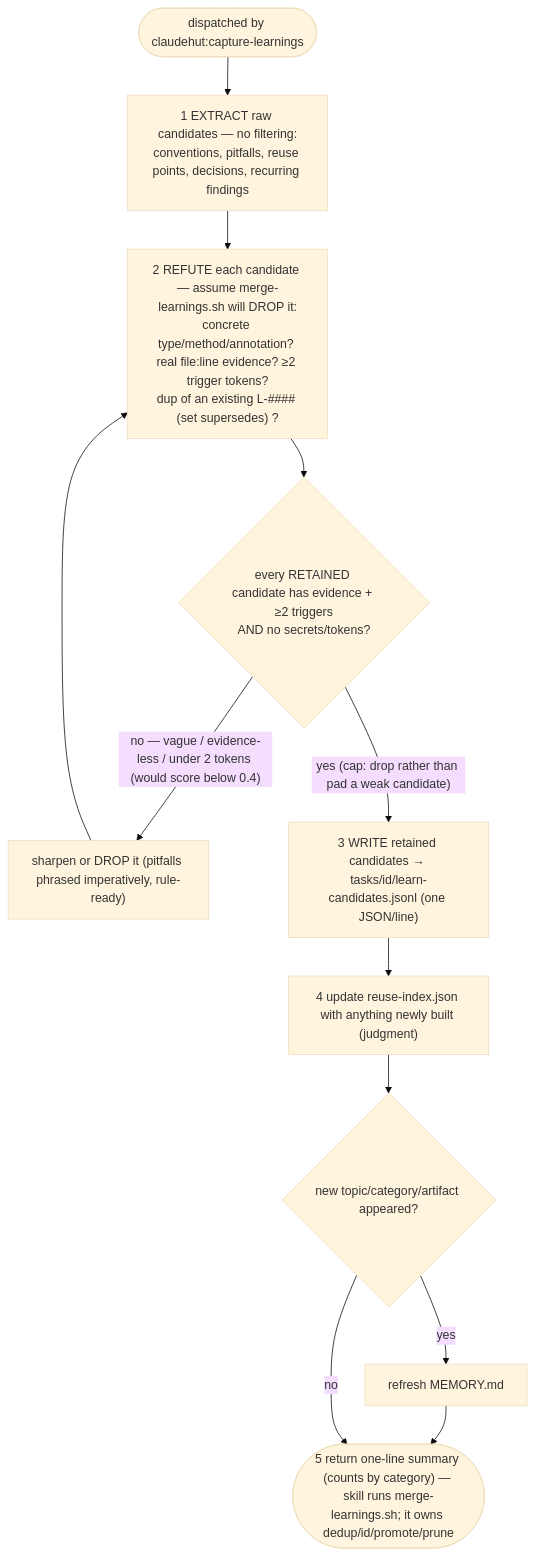
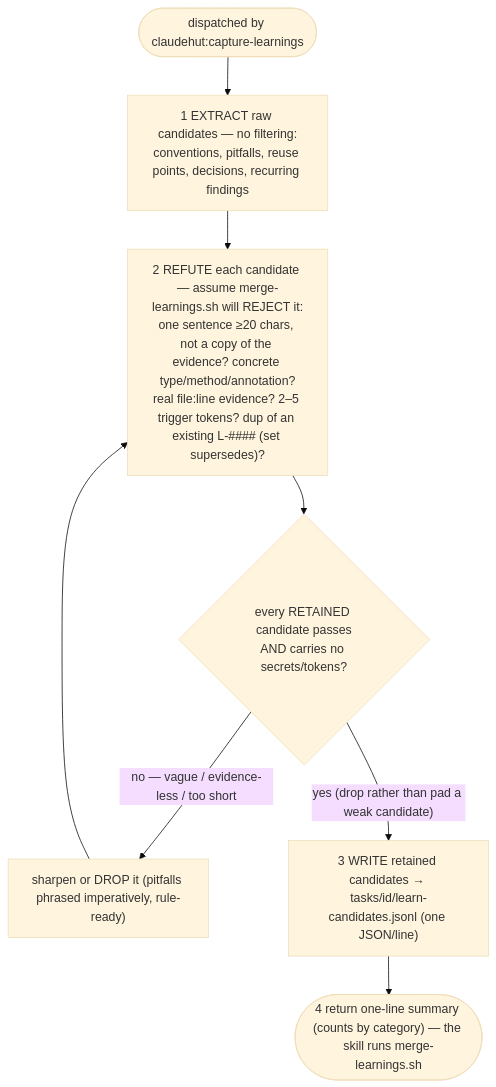
One commit to taipt1504/claudehut changed the diagram in agents/claudehut-learner.md. Above: the diagram before and after it, drawn with Mermaid (base theme). The commit also changed other lines of this file and 57 other files, not shown here.

````diff
--- a/agents/claudehut-learner.md
+++ b/agents/claudehut-learner.md
@@ -21,13 +22,10 @@
 ```mermaid
 flowchart TB
     a(["dispatched by claudehut:capture-learnings"]) --> ex["1 EXTRACT raw candidates — no filtering:<br/>conventions, pitfalls, reuse points, decisions, recurring findings"]
-    ex --> crit["2 REFUTE each candidate — assume merge-learnings.sh will DROP it:<br/>concrete type/method/annotation? real file:line evidence? ≥2 trigger tokens?<br/>dup of an existing L-#### (set supersedes) ?"]
-    crit --> conv{"every RETAINED candidate has evidence + ≥2 triggers<br/>AND no secrets/tokens?"}
-    conv -- "no — vague / evidence-less / under 2 tokens (would score below 0.4)" --> fix["sharpen or DROP it (pitfalls phrased imperatively, rule-ready)"]
+    ex --> crit["2 REFUTE each candidate — assume merge-learnings.sh will REJECT it:<br/>one sentence ≥20 chars, not a copy of the evidence? concrete type/method/annotation?<br/>real file:line evidence? 2–5 trigger tokens? dup of an existing L-#### (set supersedes)?"]
+    crit --> conv{"every RETAINED candidate passes<br/>AND carries no secrets/tokens?"}
+    conv -- "no — vague / evidence-less / too short" --> fix["sharpen or DROP it (pitfalls phrased imperatively, rule-ready)"]
     fix --> crit
-    conv -- "yes (cap: drop rather than pad a weak candidate)" --> wr["3 WRITE retained candidates → tasks/id/learn-candidates.jsonl (one JSON/line)"]
-    wr --> ri["4 update reuse-index.json with anything newly built (judgment)"]
-    ri --> mem{"new topic/category/artifact appeared?"}
-    mem -- "yes" --> rfm["refresh MEMORY.md"] --> out
-    mem -- "no" --> out(["5 return one-line summary (counts by category) — skill runs merge-learnings.sh; it owns dedup/id/promote/prune"])
+    conv -- "yes (drop rather than pad a weak candidate)" --> wr["3 WRITE retained candidates → tasks/id/learn-candidates.jsonl (one JSON/line)"]
+    wr --> out(["4 return one-line summary (counts by category) — the skill runs merge-learnings.sh"])
 ```
````
